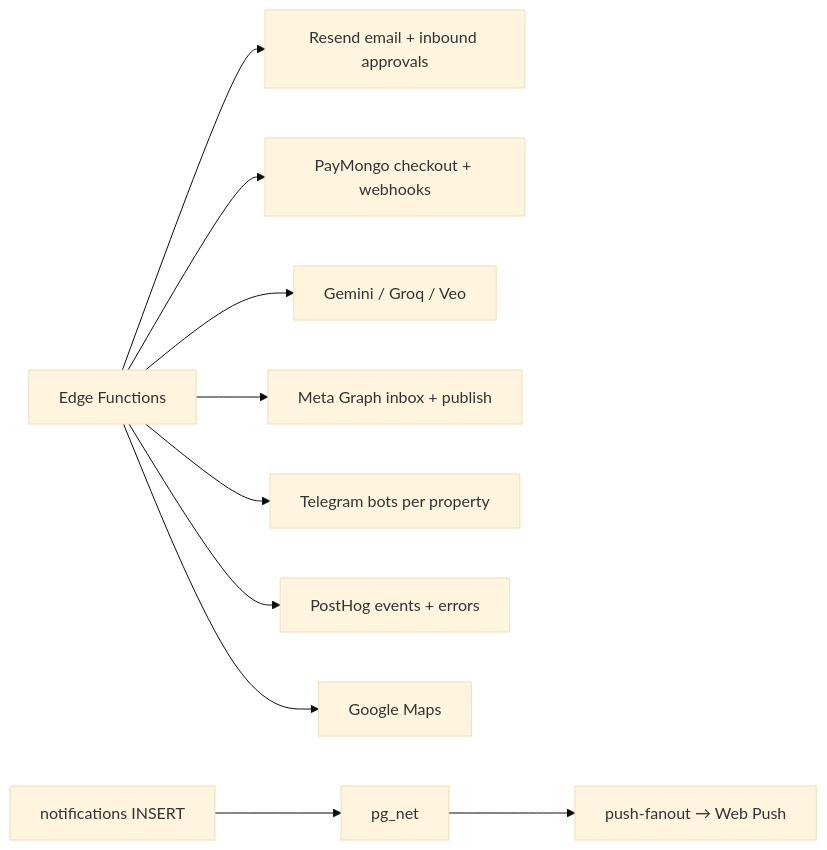
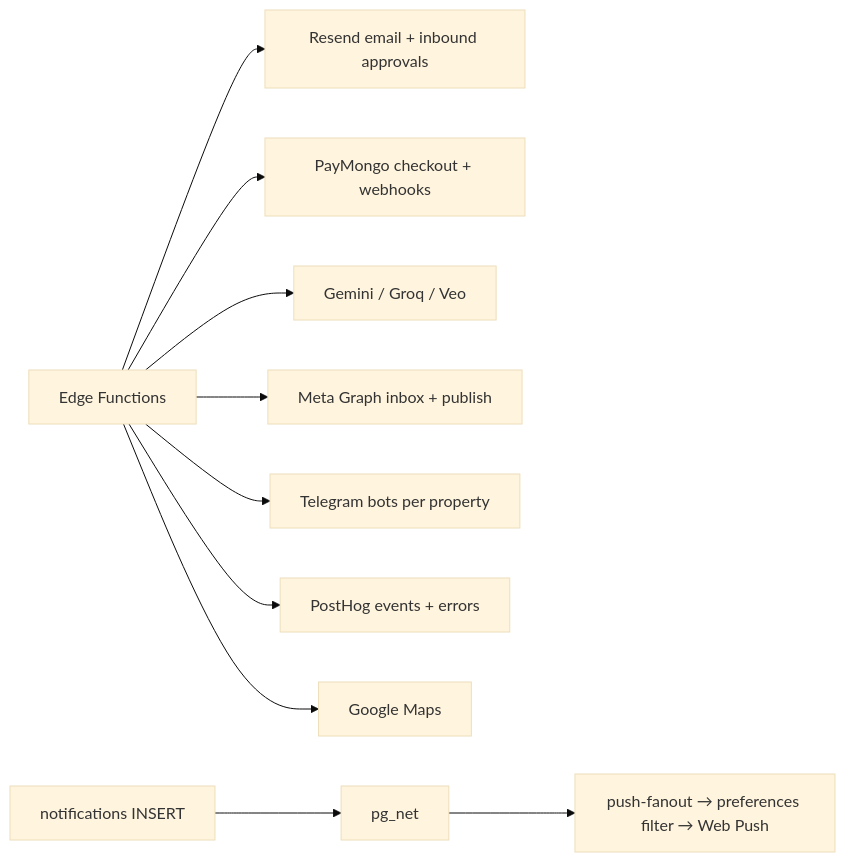
One commit to sprmke/kame-homes changed the sixth of 6 diagrams in docs/architecture/overview.md. Above: the diagram before and after it, drawn with Mermaid (base theme). The commit also changed other lines of this file and 723 other files, not shown here.

````diff
--- a/docs/architecture/overview.md
+++ b/docs/architecture/overview.md
@@ -279,13 +279,13 @@
 ```mermaid
 flowchart LR
   EF[Edge Functions]
   EF --> Resend[Resend email + inbound approvals]
   EF --> PayMongo[PayMongo checkout + webhooks]
   EF --> Gemini[Gemini / Groq / Veo]
   EF --> Meta[Meta Graph inbox + publish]
   EF --> Telegram[Telegram bots per property]
   EF --> PostHog[PostHog events + errors]
   EF --> Maps[Google Maps]
   N[notifications INSERT] --> PN[pg_net]
-  PN --> Push[push-fanout → Web Push]
+  PN --> Push[push-fanout → preferences filter → Web Push]
 ```
````
